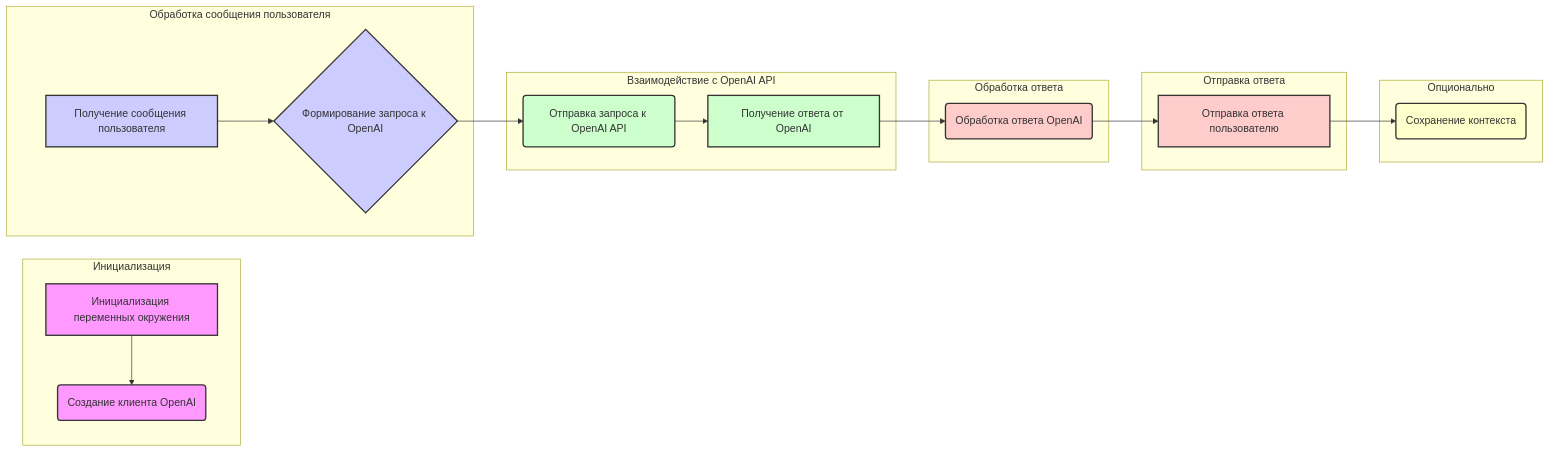
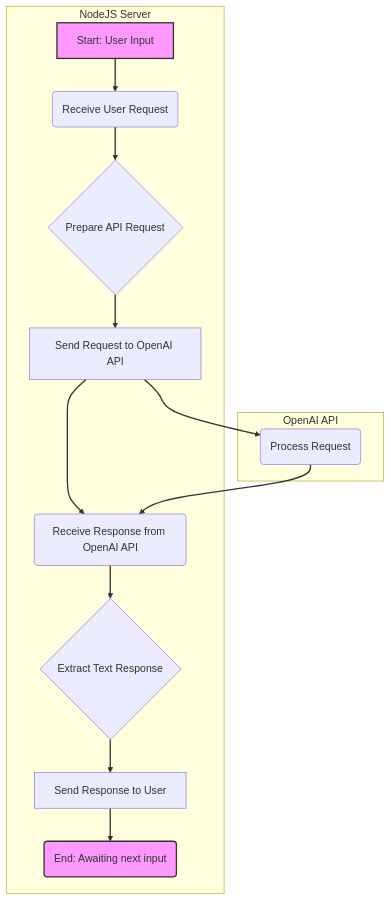
The diagram in docs/gemini/ru/explainer/src/endpoints/bots/chat_gpt_nodejs/readme.ru.md.md (hypo69/hypo), drawn with Mermaid before and after one commit. The commit also changed other lines of this file and 6031 other files, not shown here.

````diff
--- a/docs/gemini/ru/explainer/src/endpoints/bots/chat_gpt_nodejs/readme.ru.md.md
+++ b/docs/gemini/ru/explainer/src/endpoints/bots/chat_gpt_nodejs/readme.ru.md.md
@@ -47,37 +25,23 @@
 ```mermaid
-graph LR
-    subgraph  Инициализация
-      A[Инициализация переменных окружения] --> B(Создание клиента OpenAI);
+flowchart TD
+    subgraph NodeJS Server
+        A[Start: User Input] --> B(Receive User Request);
+        B --> C{Prepare API Request};
+        C --> D[Send Request to OpenAI API];
+        D --> E(Receive Response from OpenAI API);
+        E --> F{Extract Text Response};
+        F --> G[Send Response to User];
+        G --> H(End: Awaiting next input);
     end
 
-    subgraph Обработка сообщения пользователя
-        C[Получение сообщения пользователя] --> D{Формирование запроса к OpenAI};
-    end
-    
-    subgraph Взаимодействие с OpenAI API
-        D --> E(Отправка запроса к OpenAI API);
-        E --> F[Получение ответа от OpenAI];
+     style A fill:#f9f,stroke:#333,stroke-width:2px
+    style H fill:#f9f,stroke:#333,stroke-width:2px
+
+    subgraph OpenAI API
+        D --> I(Process Request);
+        I --> E;
     end
 
-     subgraph Обработка ответа
-        F --> G(Обработка ответа OpenAI);
-    end
-    
-    subgraph Отправка ответа
-      G --> H[Отправка ответа пользователю];
-    end
-        
-    subgraph Опционально
-      H -->I(Сохранение контекста);
-    end
-
-    style A fill:#f9f,stroke:#333,stroke-width:2px
-    style B fill:#f9f,stroke:#333,stroke-width:2px
-    style C fill:#ccf,stroke:#333,stroke-width:2px
-    style D fill:#ccf,stroke:#333,stroke-width:2px
-    style E fill:#cfc,stroke:#333,stroke-width:2px
-    style F fill:#cfc,stroke:#333,stroke-width:2px
-    style G fill:#fcc,stroke:#333,stroke-width:2px
-    style H fill:#fcc,stroke:#333,stroke-width:2px
-    style I fill:#ffc,stroke:#333,stroke-width:2px
+    linkStyle 0,1,2,3,4,5,6,7 stroke:#333,stroke-width:2px;
+    linkStyle 8 stroke:#333,stroke-width:2px;
 ```
````
